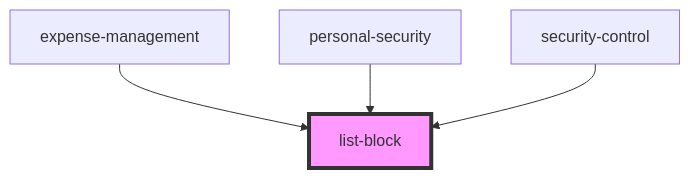
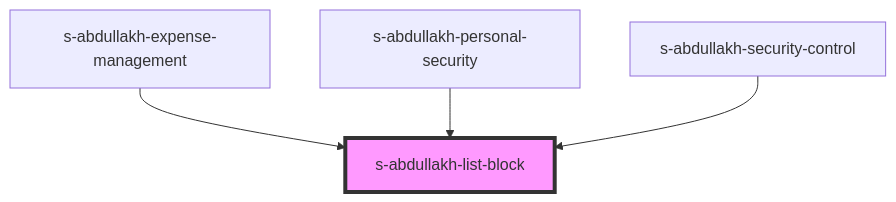
Before and after one commit to Wokh-Dada/companycards: the diagram in src/components/s-abdullakh-list-block/readme.md, drawn with Mermaid. The commit also changed other lines of this file and 28 other files, not shown here.

````diff
--- a/src/components/s-abdullakh-list-block/readme.md
+++ b/src/components/s-abdullakh-list-block/readme.md
@@ -25,7 +32,7 @@
 ```mermaid
 graph TD;
-  expense-management --> list-block
-  personal-security --> list-block
-  security-control --> list-block
-  style list-block fill:#f9f,stroke:#333,stroke-width:4px
+  s-abdullakh-expense-management --> s-abdullakh-list-block
+  s-abdullakh-personal-security --> s-abdullakh-list-block
+  s-abdullakh-security-control --> s-abdullakh-list-block
+  style s-abdullakh-list-block fill:#f9f,stroke:#333,stroke-width:4px
 ```
````
